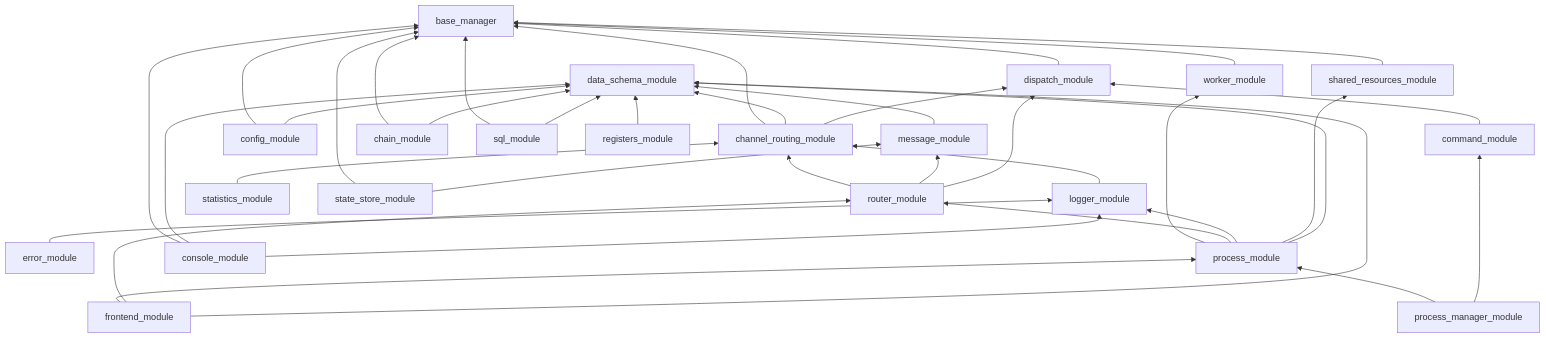
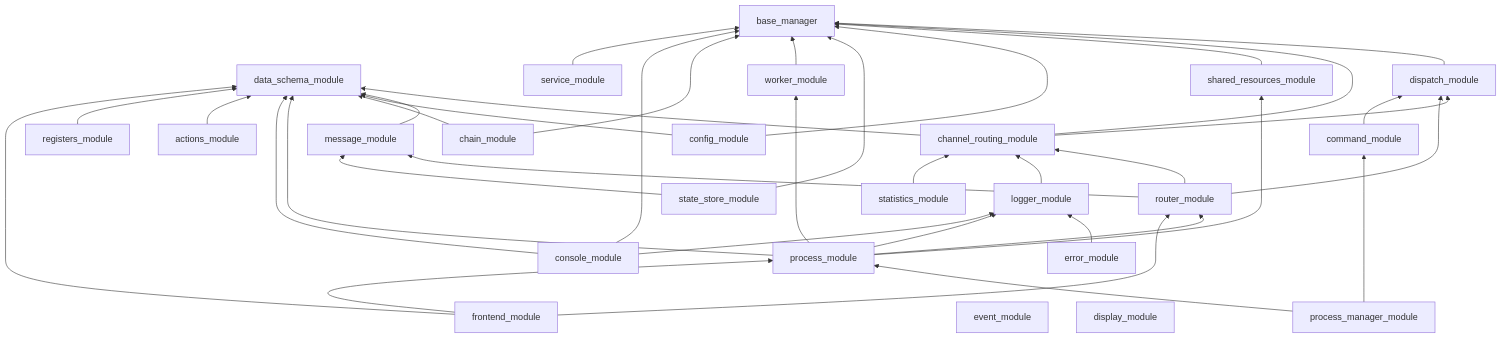
The diagram in multiprocess_framework/SPEC.md (TWOKRAI/Inspector_bottles), drawn with Mermaid before and after one commit. The commit also changed other lines of this file and 14 other files, not shown here.

````diff
--- a/multiprocess_framework/SPEC.md
+++ b/multiprocess_framework/SPEC.md
@@ -81,61 +84,64 @@
 ```mermaid
 graph BT
     base[base_manager]
     schema[data_schema_module]
     dispatch[dispatch_module]
     crm[channel_routing_module]
     message[message_module]
     router[router_module]
     logger[logger_module]
     error[error_module]
     stats[statistics_module]
     srm[shared_resources_module]
     config[config_module]
     state_store[state_store_module]
     command[command_module]
     worker[worker_module]
     chain[chain_module]
     process[process_module]
     pmgr[process_manager_module]
     console[console_module]
-    sql[sql_module]
+    event[event_module]
+    actions[actions_module]
+    service[service_module]
+    display[display_module]
     registers[registers_module]
     frontend[frontend_module]
 
     dispatch --> base
     crm --> base
     crm --> schema
     crm --> dispatch
     message --> schema
     router --> crm
     router --> message
     router --> dispatch
     logger --> crm
     error --> logger
     stats --> crm
     srm --> base
     config --> base
     config --> schema
     state_store --> base
     state_store --> message
     command --> dispatch
     worker --> base
     chain --> base
     chain --> schema
     process --> worker
     process --> router
     process --> logger
     process --> srm
     process --> schema
     pmgr --> process
     pmgr --> command
     console --> base
     console --> schema
     console --> logger
-    sql --> base
-    sql --> schema
+    actions --> schema
+    service --> base
     registers --> schema
     frontend --> process
     frontend --> router
     frontend --> schema
 ```
````
